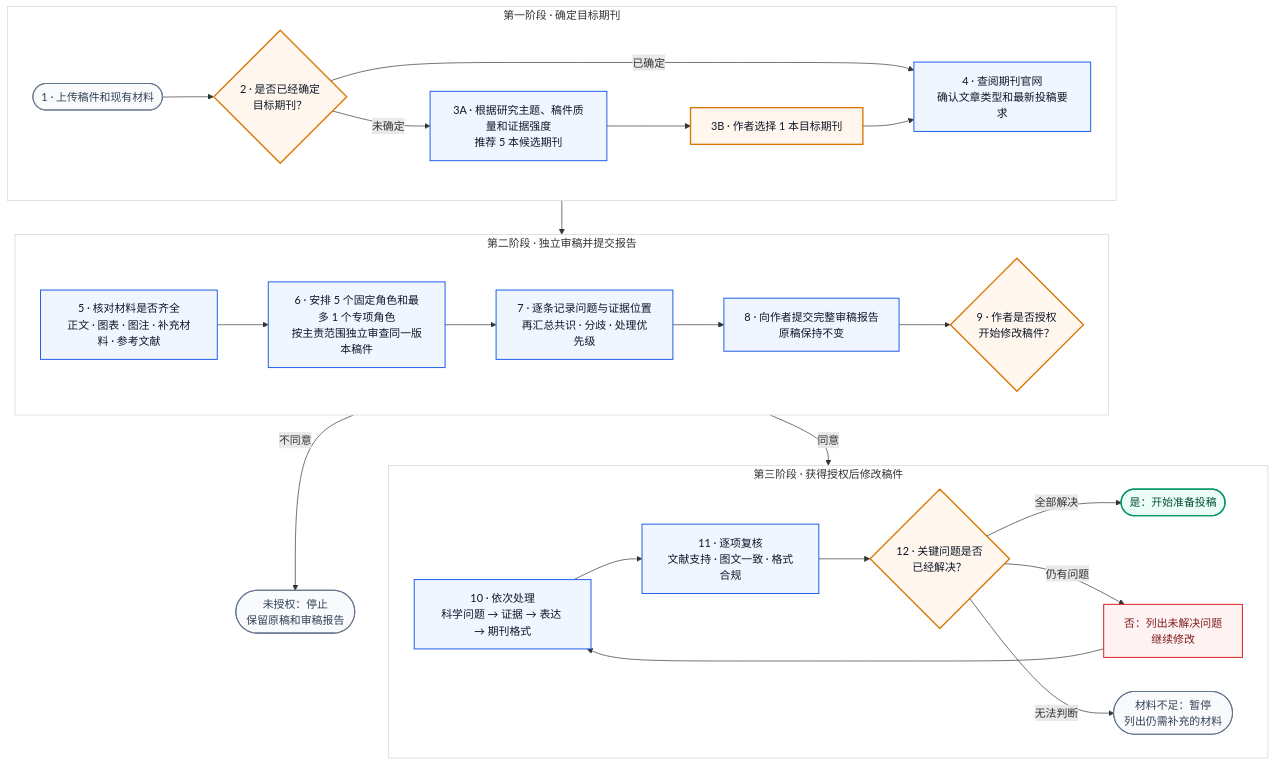
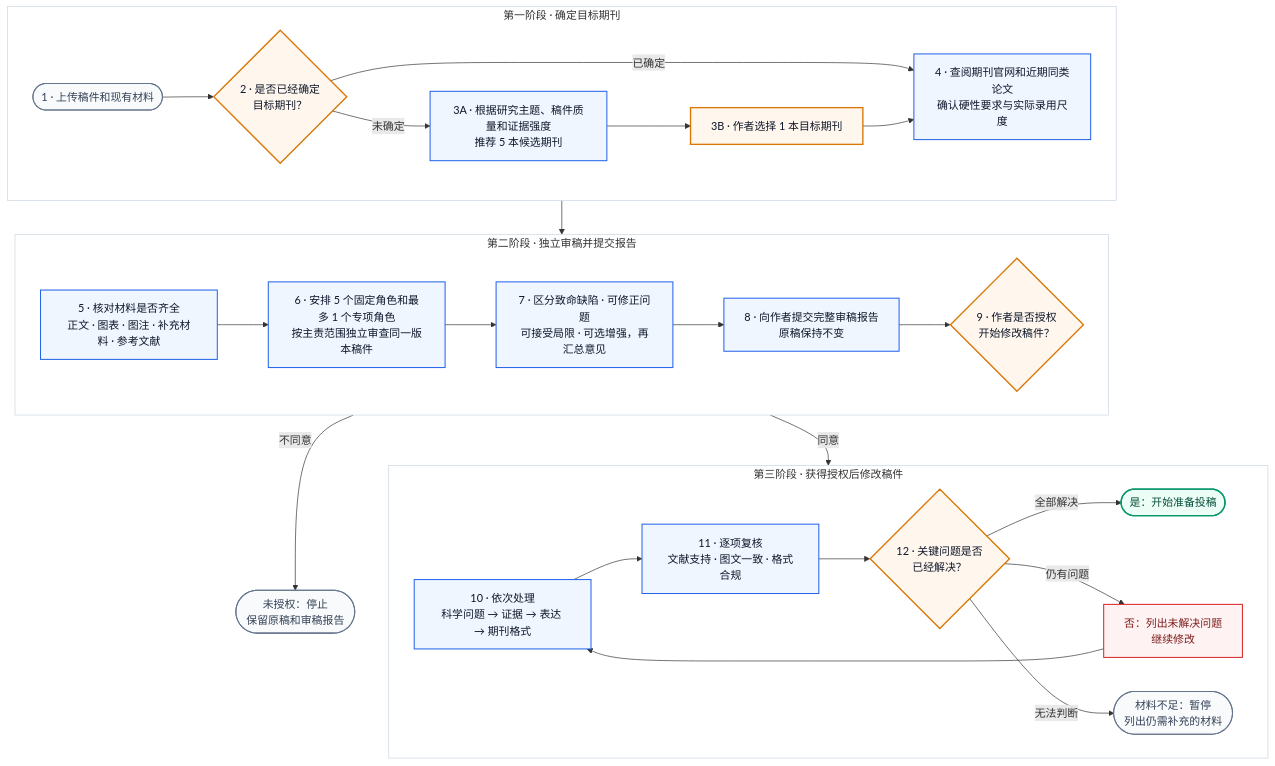
The diagram in README.md (Jameslxr/manuscript-review-revision-skill), drawn with Mermaid before and after one commit. The commit also changed other lines of this file and 24 other files, not shown here.

````diff
--- a/README.md
+++ b/README.md
@@ -65,58 +65,58 @@
 ```mermaid
 flowchart TB
     START(["1 · 上传稿件和现有材料"])
     TARGET{"2 · 是否已经确定<br/>目标期刊？"}
     REC["3A · 根据研究主题、稿件质量和证据强度<br/>推荐 5 本候选期刊"]
     PICK["3B · 作者选择 1 本目标期刊"]
-    RULES["4 · 查阅期刊官网<br/>确认文章类型和最新投稿要求"]
+    RULES["4 · 查阅期刊官网和近期同类论文<br/>确认硬性要求与实际录用尺度"]
     CHECK["5 · 核对材料是否齐全<br/>正文 · 图表 · 图注 · 补充材料 · 参考文献"]
     REVIEW["6 · 安排 5 个固定角色和最多 1 个专项角色<br/>按主责范围独立审查同一版本稿件"]
-    SUMMARY["7 · 逐条记录问题与证据位置<br/>再汇总共识 · 分歧 · 处理优先级"]
+    SUMMARY["7 · 区分致命缺陷 · 可修正问题<br/>可接受局限 · 可选增强，再汇总意见"]
     REPORT["8 · 向作者提交完整审稿报告<br/>原稿保持不变"]
     AUTH{"9 · 作者是否授权<br/>开始修改稿件？"}
     STOP(["未授权：停止<br/>保留原稿和审稿报告"])
     REVISE["10 · 依次处理<br/>科学问题 → 证据 → 表达 → 期刊格式"]
     VERIFY["11 · 逐项复核<br/>文献支持 · 图文一致 · 格式合规"]
     READY{"12 · 关键问题是否<br/>已经解决？"}
     PASS(["是：开始准备投稿"])
     RETURN["否：列出未解决问题<br/>继续修改"]
     MISSING(["材料不足：暂停<br/>列出仍需补充的材料"])
 
     subgraph S1["第一阶段 · 确定目标期刊"]
         direction LR
         START --> TARGET
         TARGET -- "已确定" --> RULES
         TARGET -- "未确定" --> REC --> PICK --> RULES
     end
 
     subgraph S2["第二阶段 · 独立审稿并提交报告"]
         direction LR
         CHECK --> REVIEW --> SUMMARY --> REPORT --> AUTH
     end
 
     subgraph S3["第三阶段 · 获得授权后修改稿件"]
         direction LR
         REVISE --> VERIFY --> READY
         READY -- "全部解决" --> PASS
         READY -- "仍有问题" --> RETURN --> REVISE
         READY -- "无法判断" --> MISSING
     end
 
     RULES --> CHECK
     AUTH -- "不同意" --> STOP
     AUTH -- "同意" --> REVISE
 
     classDef user fill:#FFF7ED,stroke:#D97706,stroke-width:2px,color:#0F172A;
     classDef skill fill:#EFF6FF,stroke:#2563EB,stroke-width:1.5px,color:#0F172A;
     classDef success fill:#ECFDF5,stroke:#059669,stroke-width:2px,color:#064E3B;
     classDef stop fill:#F8FAFC,stroke:#64748B,stroke-width:1.5px,color:#334155;
     classDef problem fill:#FEF2F2,stroke:#DC2626,stroke-width:1.5px,color:#7F1D1D;
     class TARGET,PICK,AUTH,READY user;
     class REC,RULES,CHECK,REVIEW,SUMMARY,REPORT,REVISE,VERIFY skill;
     class PASS success;
     class START,STOP,MISSING stop;
     class RETURN problem;
     style S1 fill:#FFFFFF,stroke:#CBD5E1,stroke-width:1px
     style S2 fill:#FFFFFF,stroke:#CBD5E1,stroke-width:1px
     style S3 fill:#FFFFFF,stroke:#CBD5E1,stroke-width:1px
 ```
````
